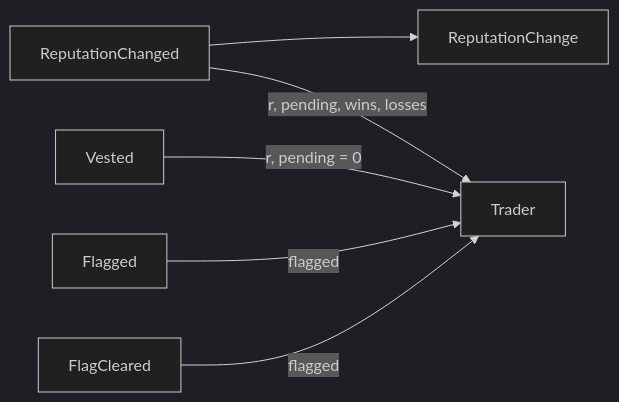
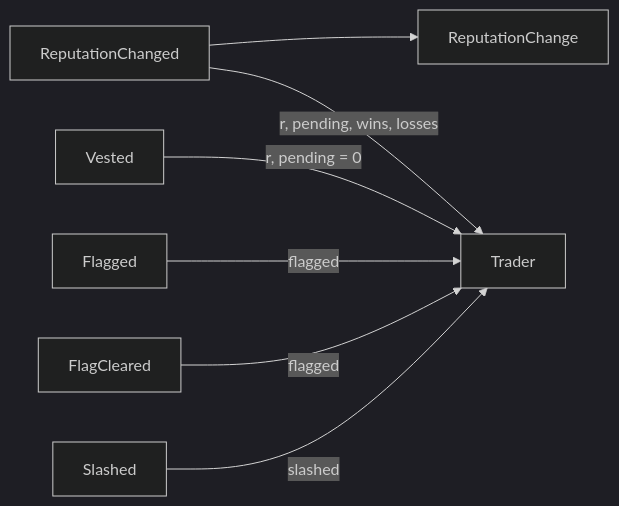
The fifth of 11 diagrams in indexer/ARCHITECTURE.md (kleos-predictions/kleos), drawn with Mermaid (dark theme) before and after one commit. The commit also changed other lines of this file and 9 other files, not shown here.

````diff
--- a/indexer/ARCHITECTURE.md
+++ b/indexer/ARCHITECTURE.md
@@ -113,8 +135,9 @@
 ```mermaid
 flowchart LR
   ReputationChanged --> ReputationChange
   ReputationChanged -->|"r, pending, wins, losses"| Trader
   Vested -->|"r, pending = 0"| Trader
   Flagged -->|"flagged"| Trader
   FlagCleared -->|"flagged"| Trader
+  Slashed -->|"slashed"| Trader
 ```
````
